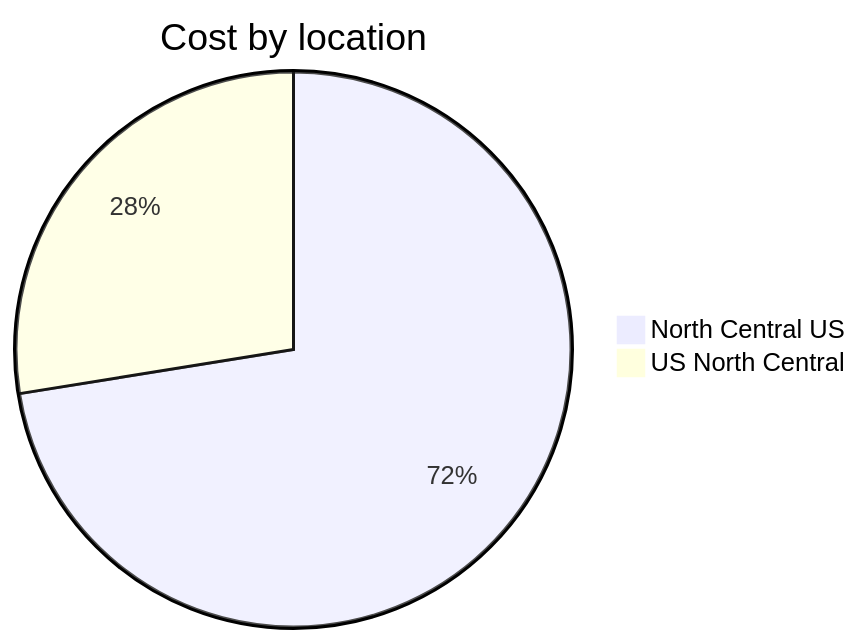
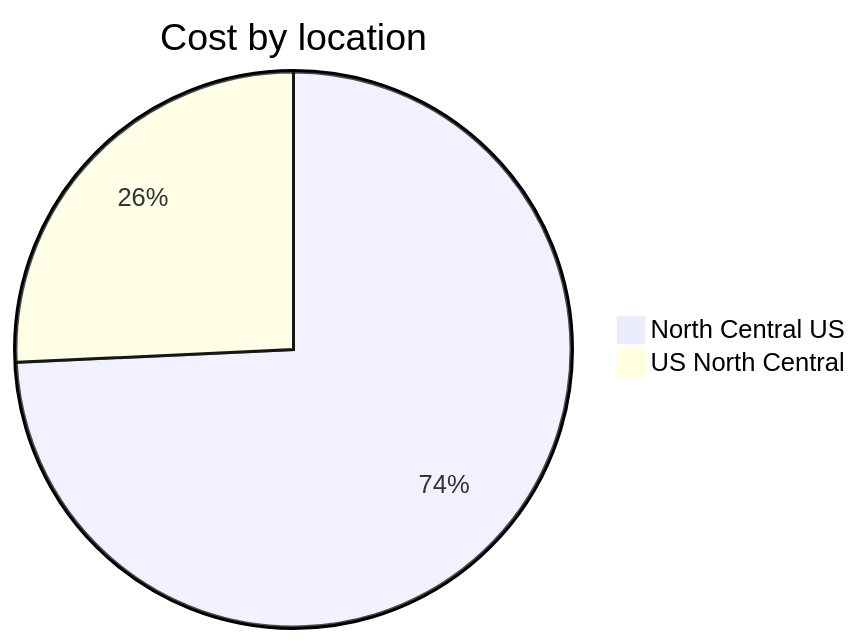
One commit to jpfulton/azure-personal-reports changed the third of 4 diagrams in cost-reports/personal-network/vpn-server.md. Above: the diagram before and after it, drawn with Mermaid. The commit also changed other lines of this file and 8 other files, not shown here.

````diff
--- a/cost-reports/personal-network/vpn-server.md
+++ b/cost-reports/personal-network/vpn-server.md
@@ -110,6 +110,6 @@
 ```mermaid
 pie
    title Cost by location
-   "North Central US" : 7.34
+   "North Central US" : 8.05
    "US North Central" : 2.79
 ```
````
